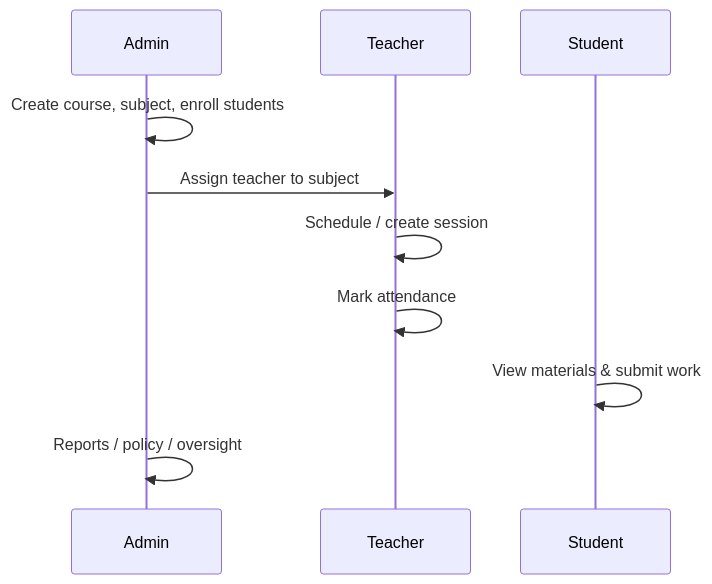
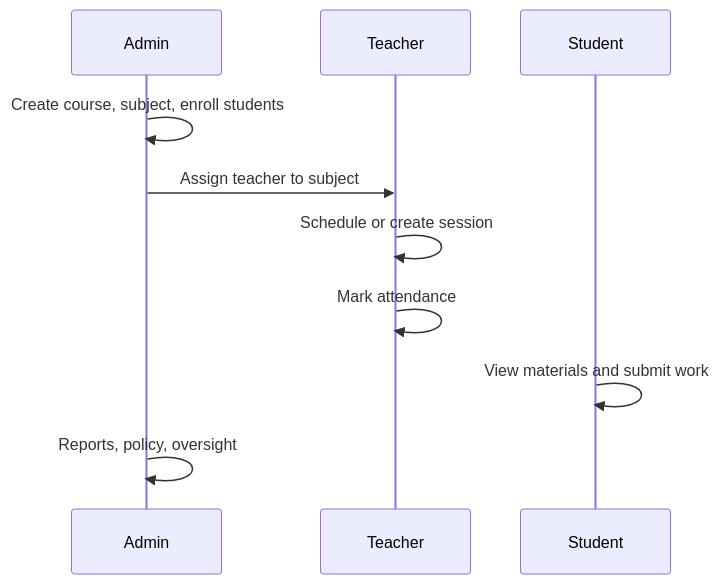
Before and after one commit to Hiithaard47/VIHE: the sixth of 7 diagrams in docs/product-overview-slides.md, drawn with Mermaid. The commit also changed other lines of this file, not shown here.

First line of the commit message:
docs: fix Mermaid labels for GitHub rendering (#30)

````diff
--- a/docs/product-overview-slides.md
+++ b/docs/product-overview-slides.md
@@ -138,12 +138,12 @@
 ```mermaid
 sequenceDiagram
   participant A as Admin
   participant T as Teacher
   participant S as Student
   A->>A: Create course, subject, enroll students
   A->>T: Assign teacher to subject
-  T->>T: Schedule / create session
+  T->>T: Schedule or create session
   T->>T: Mark attendance
-  S->>S: View materials & submit work
-  A->>A: Reports / policy / oversight
+  S->>S: View materials and submit work
+  A->>A: Reports, policy, oversight
 ```
````
